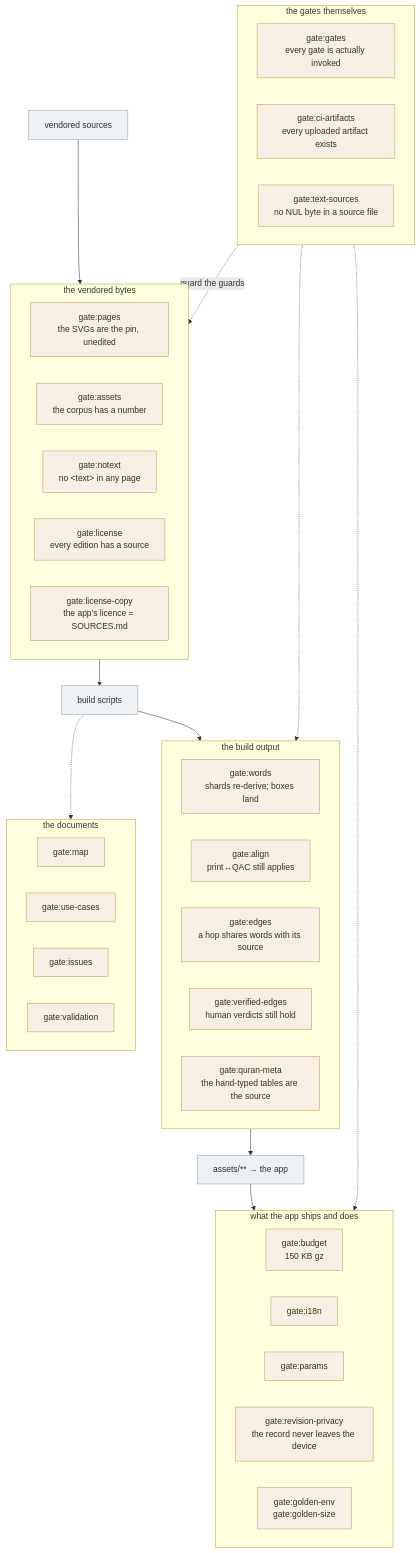
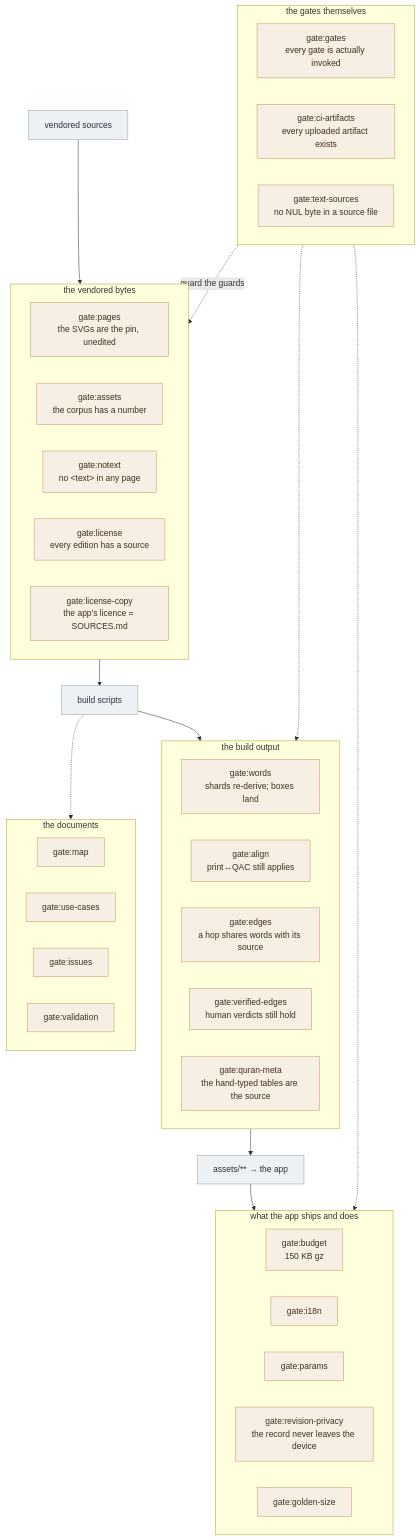
The third of 5 diagrams in docs/design/etl-pipeline.md (omars-lab/hifth), drawn with Mermaid before and after one commit. The commit also changed 40 other files, not shown here.

````diff
--- a/docs/design/etl-pipeline.md
+++ b/docs/design/etl-pipeline.md
@@ -183,53 +183,53 @@
 ```mermaid
 flowchart TB
   classDef gate fill:#f7efe4,stroke:#c39a63,color:#3d2f1c
   classDef stage fill:#eef1f4,stroke:#96a3b0,color:#26303a
 
   subgraph V["the vendored bytes"]
     direction LR
     g_pages["gate:pages<br/>the SVGs are the pin, unedited"]:::gate
     g_assets["gate:assets<br/>the corpus has a number"]:::gate
     g_notext["gate:notext<br/>no &lt;text&gt; in any page"]:::gate
     g_license["gate:license<br/>every edition has a source"]:::gate
     g_lcopy["gate:license-copy<br/>the app's licence = SOURCES.md"]:::gate
   end
 
   subgraph B["the build output"]
     direction LR
     g_words["gate:words<br/>shards re-derive; boxes land"]:::gate
     g_align["gate:align<br/>print↔QAC still applies"]:::gate
     g_edges["gate:edges<br/>a hop shares words with its source"]:::gate
     g_vedges["gate:verified-edges<br/>human verdicts still hold"]:::gate
     g_qmeta["gate:quran-meta<br/>the hand-typed tables are the source"]:::gate
   end
 
   subgraph A["what the app ships and does"]
     direction LR
     g_budget["gate:budget<br/>150 KB gz"]:::gate
     g_i18n["gate:i18n"]:::gate
     g_params["gate:params"]:::gate
     g_priv["gate:revision-privacy<br/>the record never leaves the device"]:::gate
-    g_gold["gate:golden-env<br/>gate:golden-size"]:::gate
+    g_gold["gate:golden-size"]:::gate
   end
 
   subgraph D["the documents"]
     direction LR
     g_map["gate:map"]:::gate
     g_uc["gate:use-cases"]:::gate
     g_iss["gate:issues"]:::gate
     g_val["gate:validation"]:::gate
   end
 
   subgraph M["the gates themselves"]
     direction LR
     g_gates["gate:gates<br/>every gate is actually invoked"]:::gate
     g_cia["gate:ci-artifacts<br/>every uploaded artifact exists"]:::gate
     g_tsrc["gate:text-sources<br/>no NUL byte in a source file"]:::gate
   end
 
   s1["vendored sources"]:::stage --> V --> s2["build scripts"]:::stage --> B --> s3["assets/** → the app"]:::stage --> A
   s2 -.-> D
   M -.->|"guard the guards"| V
   M -.-> B
   M -.-> A
 ```
````
